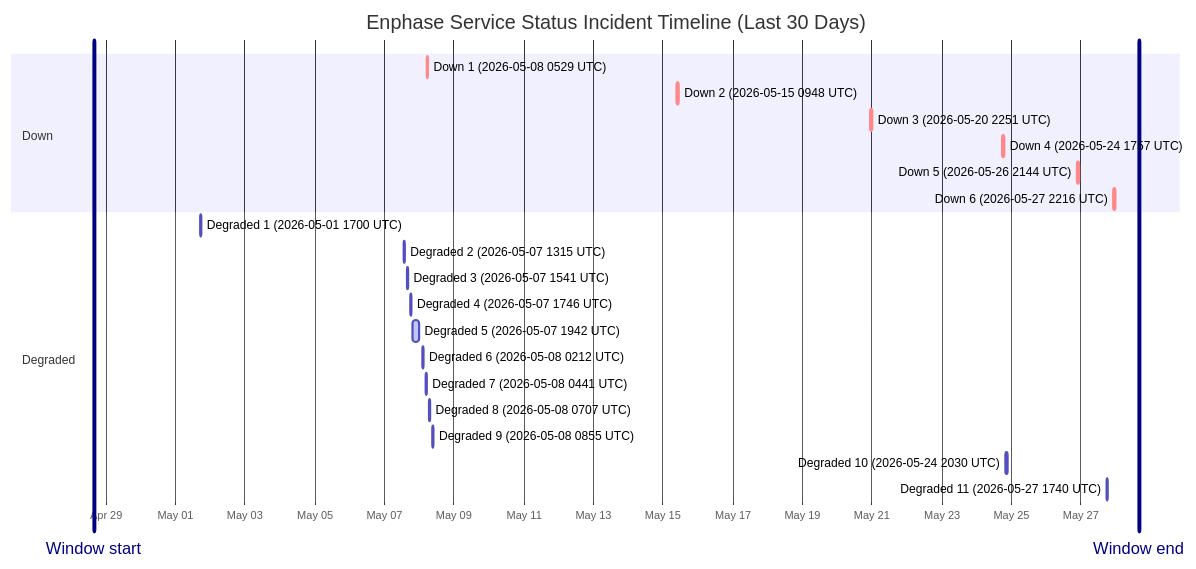
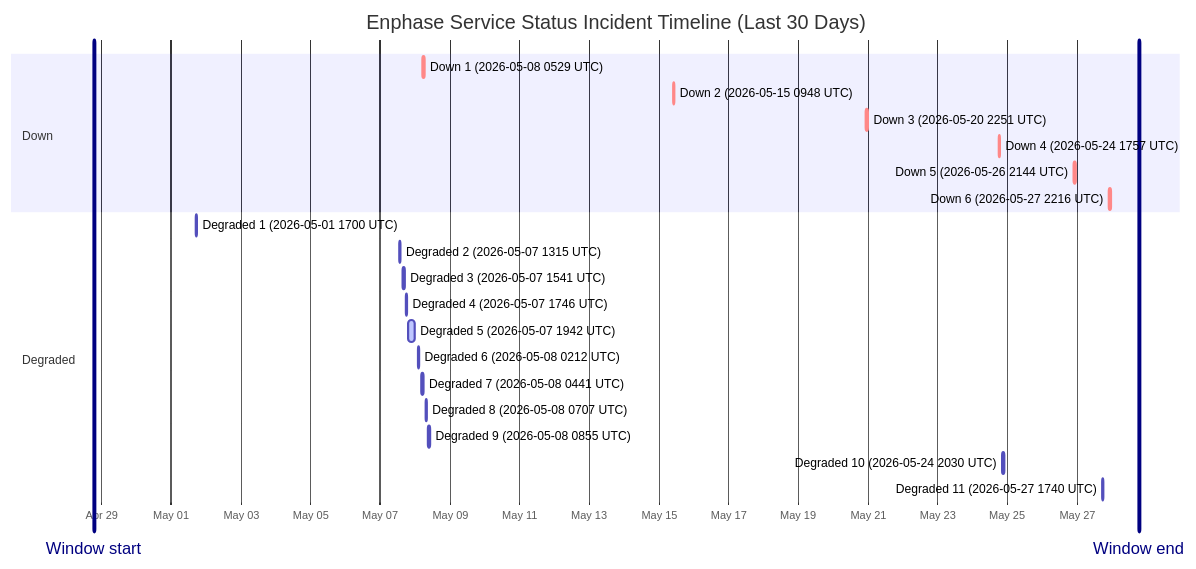
One commit to barneyonline/ha-enphase-ev-charger changed the diagram in wiki/Service-Status-History.md. Above: the diagram before and after it, drawn with Mermaid. The commit also changed other lines of this file and 3 other files, not shown here.

````diff
--- a/wiki/Service-Status-History.md
+++ b/wiki/Service-Status-History.md
@@ -14,27 +14,27 @@
 ```mermaid
 gantt
     title Enphase Service Status Incident Timeline (Last 30 Days)
     dateFormat  YYYY-MM-DDTHH:mm:ss
     axisFormat  %b %d
-    Window start :vert, window-start, 2026-04-28T15:51:11, 0ms
-    Window end :vert, window-end, 2026-05-28T15:51:11, 0ms
+    Window start :vert, window-start, 2026-04-28T18:35:12, 0ms
+    Window end :vert, window-end, 2026-05-28T18:35:12, 0ms
     section Down
     Down 1 (2026-05-08 0529 UTC) :crit, down-1, 2026-05-08T05:29:47, 60m
     Down 2 (2026-05-15 0948 UTC) :crit, down-2, 2026-05-15T09:48:18, 60m
     Down 3 (2026-05-20 2251 UTC) :crit, down-3, 2026-05-20T22:51:14, 75m
     Down 4 (2026-05-24 1757 UTC) :crit, down-4, 2026-05-24T17:57:41, 86m
     Down 5 (2026-05-26 2144 UTC) :crit, down-5, 2026-05-26T21:44:11, 85m
     Down 6 (2026-05-27 2216 UTC) :crit, down-6, 2026-05-27T22:16:53, 87m
     section Degraded
     Degraded 1 (2026-05-01 1700 UTC) :active, degraded-1, 2026-05-01T17:00:22, 60m
     Degraded 2 (2026-05-07 1315 UTC) :active, degraded-2, 2026-05-07T13:15:25, 60m
     Degraded 3 (2026-05-07 1541 UTC) :active, degraded-3, 2026-05-07T15:41:58, 60m
     Degraded 4 (2026-05-07 1746 UTC) :active, degraded-4, 2026-05-07T17:46:51, 60m
     Degraded 5 (2026-05-07 1942 UTC) :active, degraded-5, 2026-05-07T19:42:10, 249m
     Degraded 6 (2026-05-08 0212 UTC) :active, degraded-6, 2026-05-08T02:12:39, 60m
     Degraded 7 (2026-05-08 0441 UTC) :active, degraded-7, 2026-05-08T04:41:46, 60m
     Degraded 8 (2026-05-08 0707 UTC) :active, degraded-8, 2026-05-08T07:07:30, 60m
     Degraded 9 (2026-05-08 0855 UTC) :active, degraded-9, 2026-05-08T08:55:20, 88m
     Degraded 10 (2026-05-24 2030 UTC) :active, degraded-10, 2026-05-24T20:30:57, 84m
     Degraded 11 (2026-05-27 1740 UTC) :active, degraded-11, 2026-05-27T17:40:52, 60m
 ```
````
